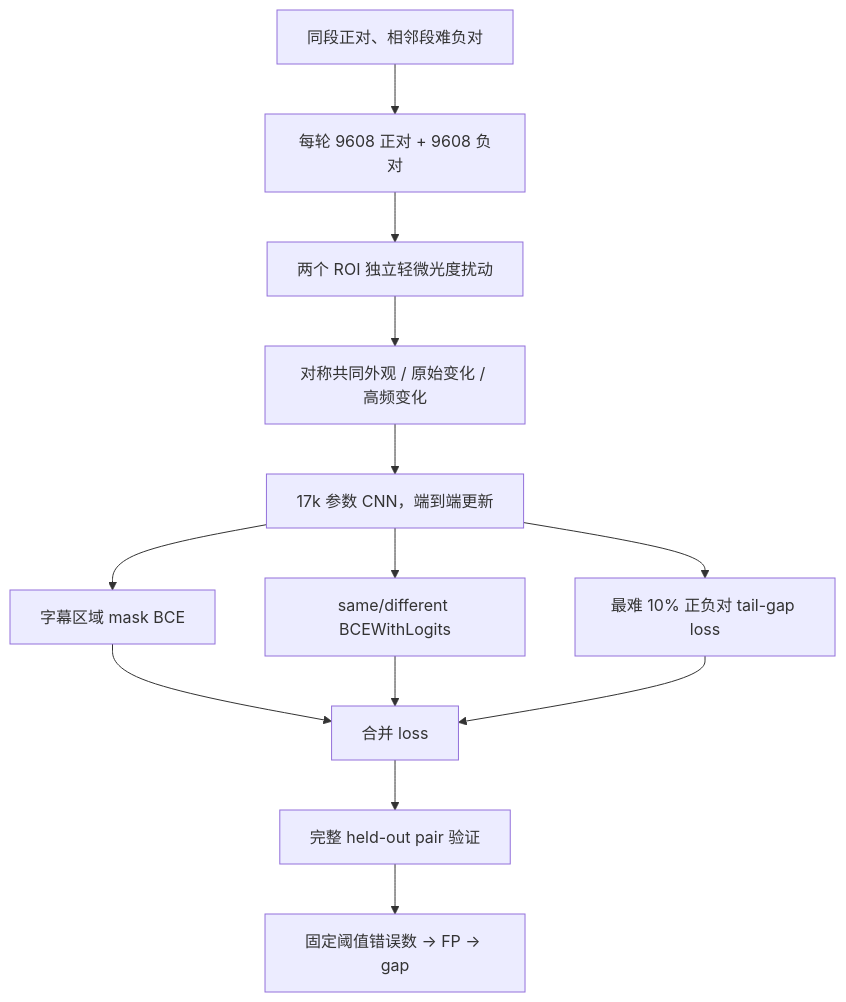
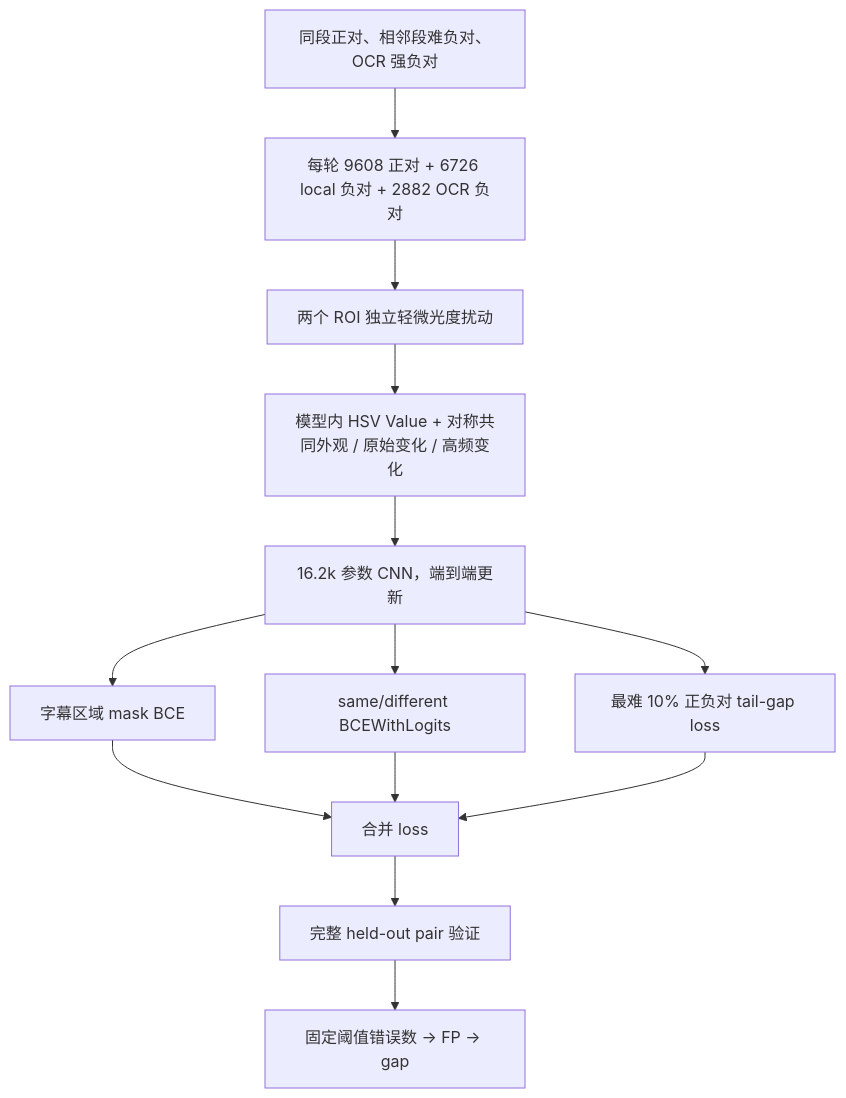
Before and after one commit to weidix/subfast-net: the second of 4 diagrams in docs/roi_pair_matcher_optimization.md, drawn with Mermaid. The commit also changed other lines of this file and 8 other files, not shown here.

````diff
--- a/docs/roi_pair_matcher_optimization.md
+++ b/docs/roi_pair_matcher_optimization.md
@@ -263,15 +266,15 @@
 ```mermaid
 flowchart TD
-    A["同段正对、相邻段难负对"] --> B["每轮 9608 正对 + 9608 负对"]
+    A["同段正对、相邻段难负对、OCR 强负对"] --> B["每轮 9608 正对 + 6726 local 负对 + 2882 OCR 负对"]
     B --> C["两个 ROI 独立轻微光度扰动"]
-    C --> D["对称共同外观 / 原始变化 / 高频变化"]
-    D --> E["17k 参数 CNN，端到端更新"]
+    C --> D["模型内 HSV Value + 对称共同外观 / 原始变化 / 高频变化"]
+    D --> E["16.2k 参数 CNN，端到端更新"]
     E --> F["字幕区域 mask BCE"]
     E --> G["same/different BCEWithLogits"]
     E --> H["最难 10% 正负对 tail-gap loss"]
     F --> I["合并 loss"]
     G --> I
     H --> I
     I --> J["完整 held-out pair 验证"]
     J --> K["固定阈值错误数 → FP → gap"]
 ```
````
